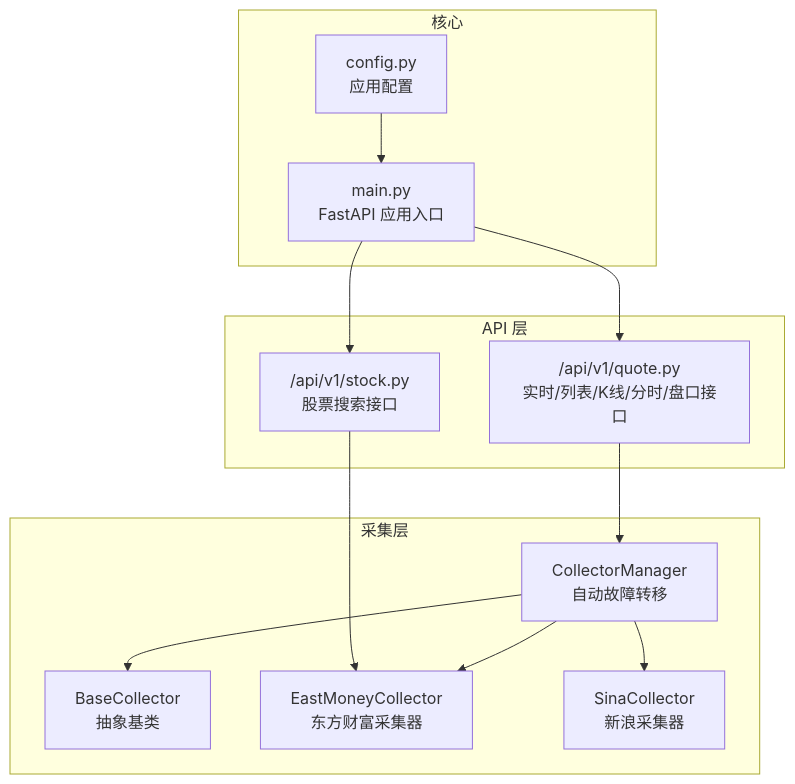
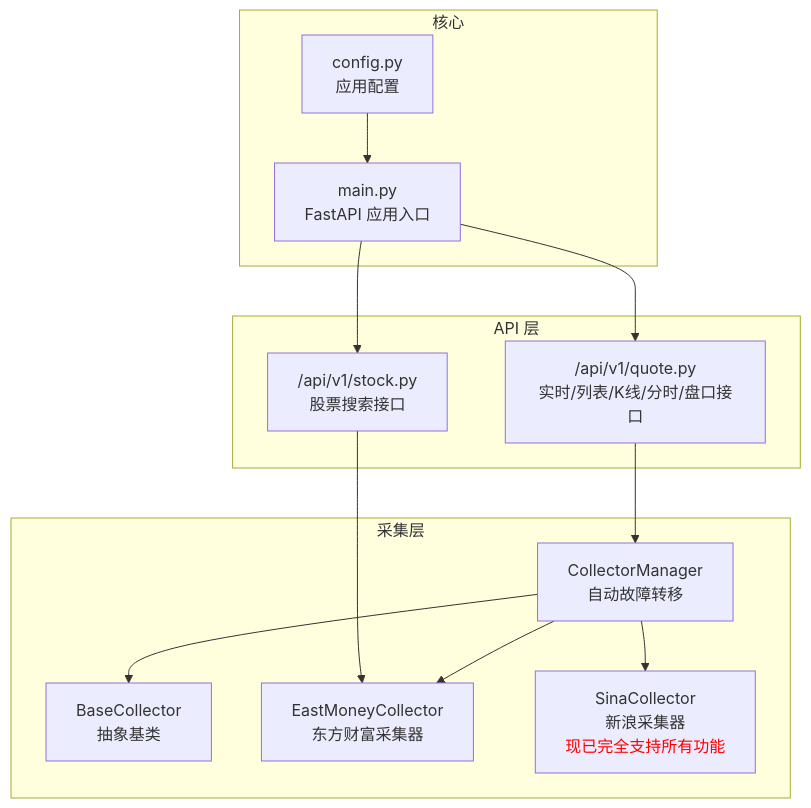
The first of 5 diagrams in .qoder/repowiki/zh/content/后端开发/数据服务层/新浪数据采集器.md (We3le7/stock-view), drawn with Mermaid before and after one commit. The commit also changed other lines of this file and 5 other files, not shown here.

````diff
--- a/.qoder/repowiki/zh/content/后端开发/数据服务层/新浪数据采集器.md
+++ b/.qoder/repowiki/zh/content/后端开发/数据服务层/新浪数据采集器.md
@@ -40,25 +49,25 @@
 ```mermaid
 graph TB
 subgraph "API 层"
 Q["/api/v1/quote.py<br/>实时/列表/K线/分时/盘口接口"]
 S["/api/v1/stock.py<br/>股票搜索接口"]
 end
 subgraph "采集层"
 M["CollectorManager<br/>自动故障转移"]
 B["BaseCollector<br/>抽象基类"]
 E["EastMoneyCollector<br/>东方财富采集器"]
-SI["SinaCollector<br/>新浪采集器"]
+SI["SinaCollector<br/>新浪采集器<br/><span style='color:red'>现已完全支持所有功能</span>"]
 end
 subgraph "核心"
 CFG["config.py<br/>应用配置"]
 MAIN["main.py<br/>FastAPI 应用入口"]
 end
 Q --> M
 S --> E
 M --> B
 M --> E
 M --> SI
 MAIN --> Q
 MAIN --> S
 CFG --> MAIN
 ```
````
